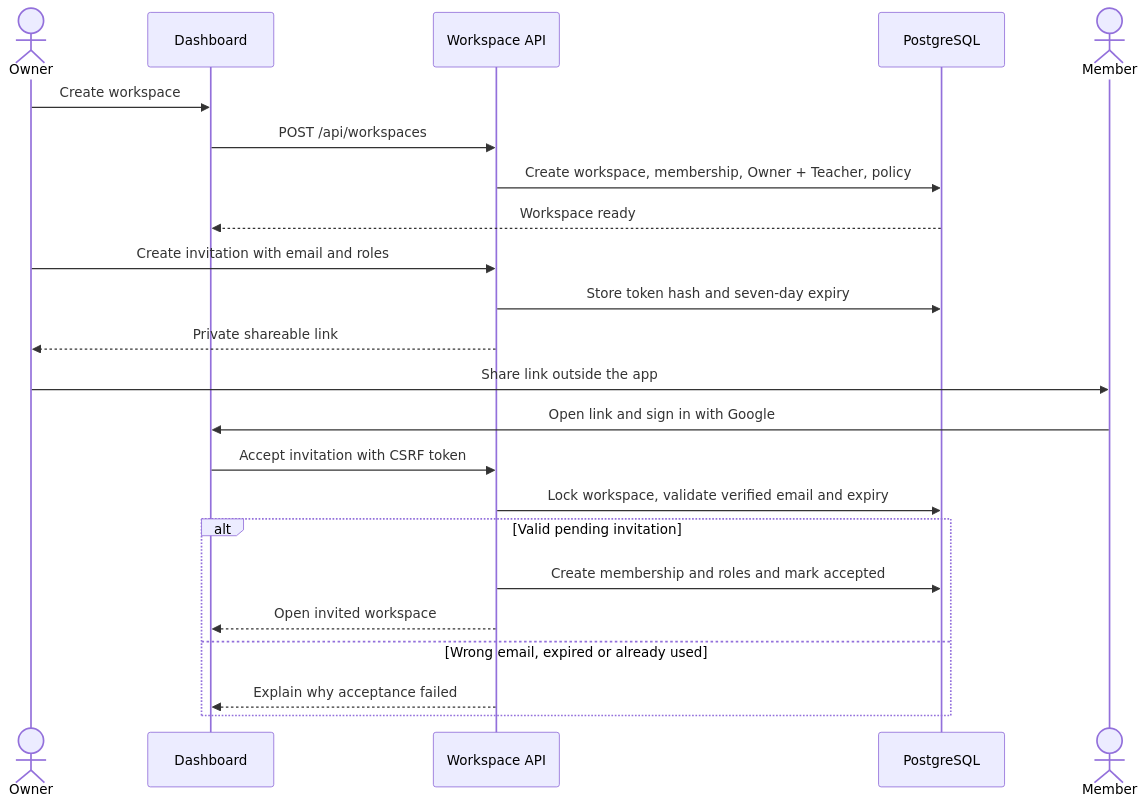
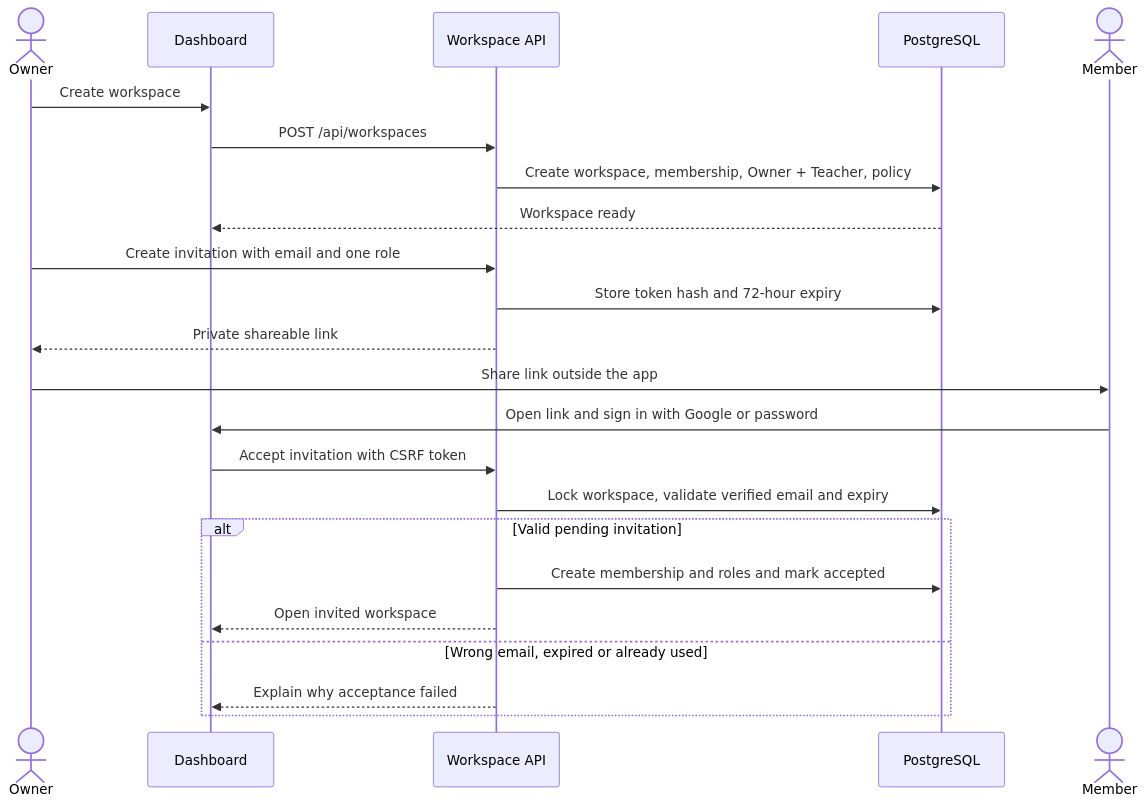
The sixth of 10 diagrams in README.md (hereaniket1/classarit), drawn with Mermaid before and after one commit. The commit also changed other lines of this file and 58 other files, not shown here.

````diff
--- a/README.md
+++ b/README.md
@@ -973,25 +1001,25 @@
 ```mermaid
 sequenceDiagram
     actor Owner
     participant UI as Dashboard
     participant API as Workspace API
     participant DB as PostgreSQL
     actor Member
     Owner->>UI: Create workspace
     UI->>API: POST /api/workspaces
     API->>DB: Create workspace, membership, Owner + Teacher, policy
     DB-->>UI: Workspace ready
-    Owner->>API: Create invitation with email and roles
-    API->>DB: Store token hash and seven-day expiry
+    Owner->>API: Create invitation with email and one role
+    API->>DB: Store token hash and 72-hour expiry
     API-->>Owner: Private shareable link
     Owner->>Member: Share link outside the app
-    Member->>UI: Open link and sign in with Google
+    Member->>UI: Open link and sign in with Google or password
     UI->>API: Accept invitation with CSRF token
     API->>DB: Lock workspace, validate verified email and expiry
     alt Valid pending invitation
         API->>DB: Create membership and roles and mark accepted
         API-->>UI: Open invited workspace
     else Wrong email, expired or already used
         API-->>UI: Explain why acceptance failed
     end
 ```
````
